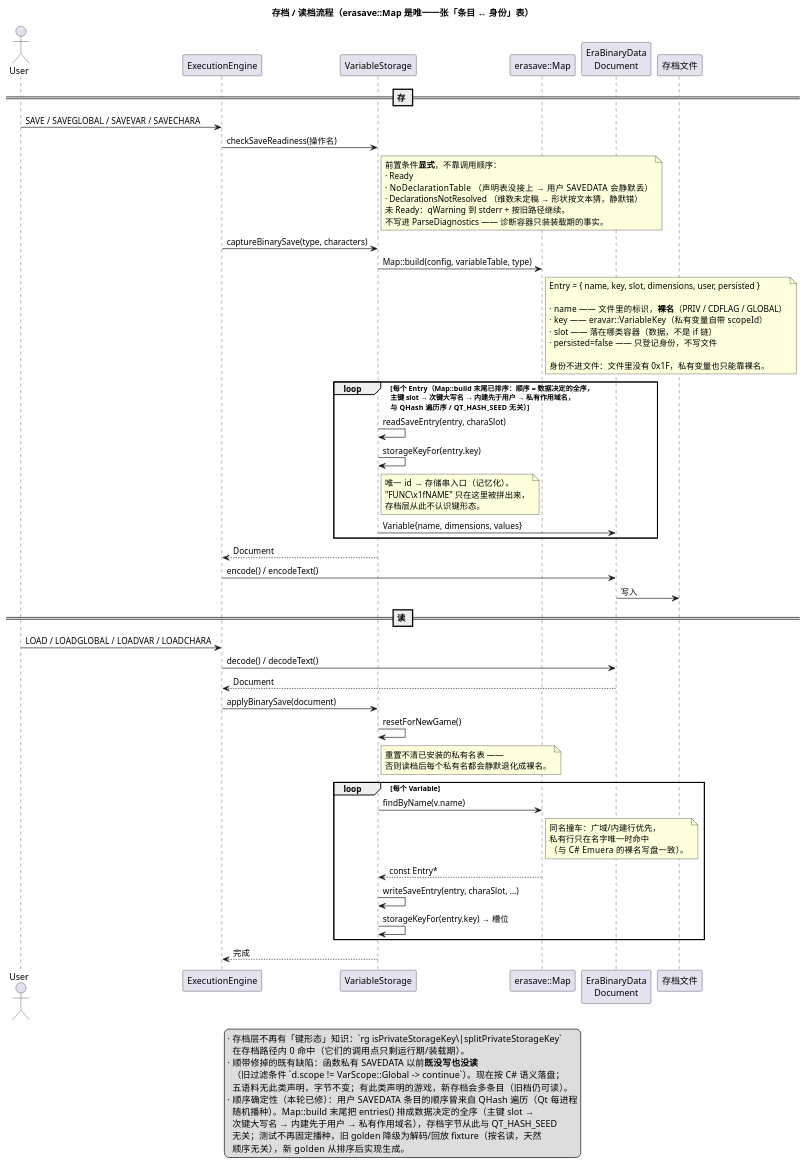
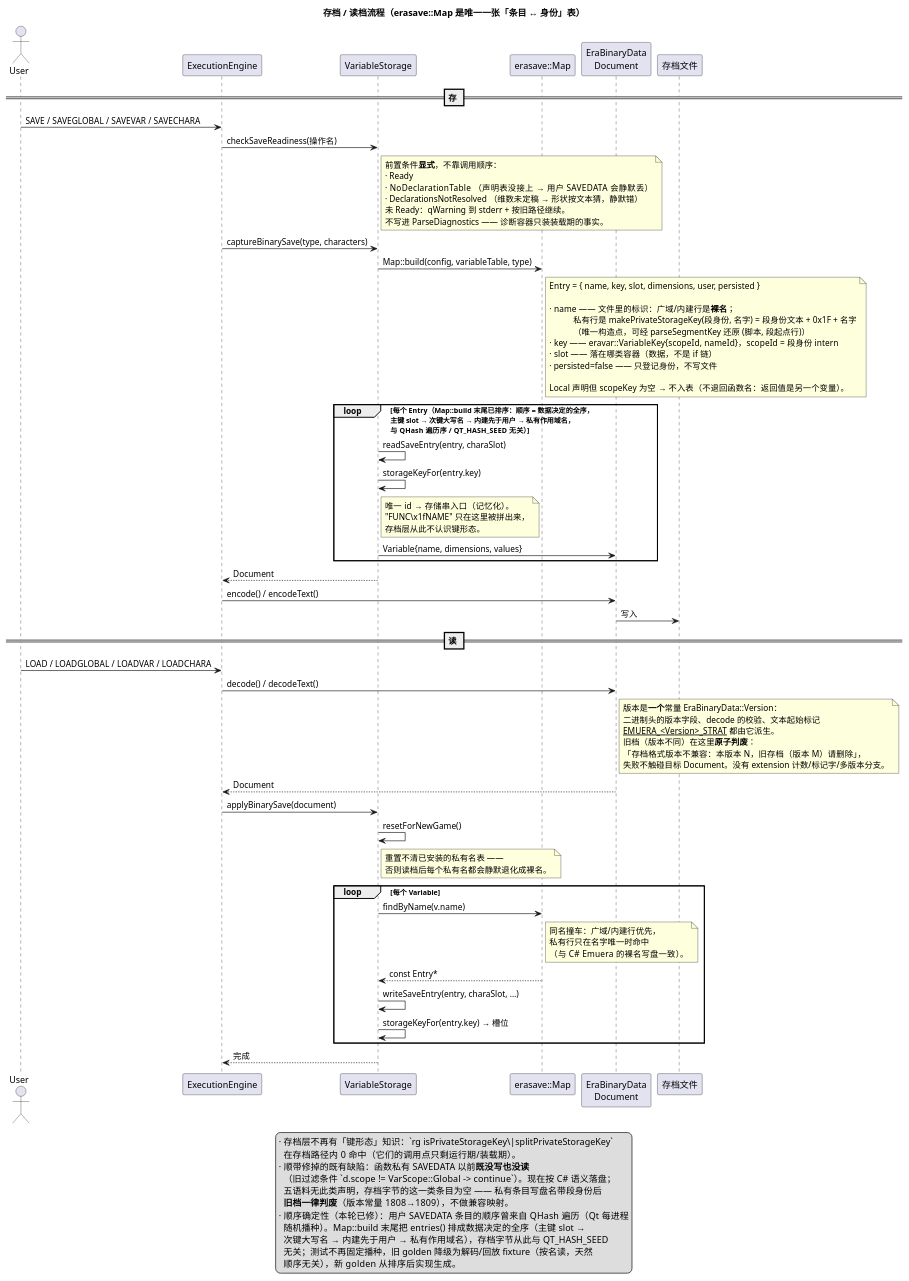
The diagram in docs/uml/08-save-load.puml (yigekuyou/qt-eraemu), drawn with PlantUML before and after one commit. The commit also changed 42 other files, not shown here.

```diff
--- a/docs/uml/08-save-load.puml
+++ b/docs/uml/08-save-load.puml
@@ -1,94 +1,105 @@
 @startuml 08-save-load
 ' 无 graphviz(dot) 环境下用 PlantUML 内置 smetana 布局引擎
 !pragma layout smetana
 ' emuera —— 存档 / 读档：独立映射层 erasave::Map（存档期不认识存储键形态）
 ' 渲染：plantuml -tpng docs/uml/08-save-load.puml
 title 存档 / 读档流程（erasave::Map 是唯一一张「条目 ↔ 身份」表）
 
 actor User
 participant "ExecutionEngine" as E
 participant "VariableStorage" as S
 participant "erasave::Map" as M
 participant "EraBinaryData\nDocument" as D
 participant "存档文件" as F
 
 == 存 ==
 
 User -> E : SAVE / SAVEGLOBAL / SAVEVAR / SAVECHARA
 E -> S : checkSaveReadiness(操作名)
 note right of S
   前置条件**显式**，不靠调用顺序：
   · Ready
   · NoDeclarationTable      （声明表没接上 → 用户 SAVEDATA 会静默丢）
   · DeclarationsNotResolved （维数未定稿 → 形状按文本猜，静默错）
   未 Ready：qWarning 到 stderr + 按旧路径继续。
   不写进 ParseDiagnostics —— 诊断容器只装装载期的事实。
 end note
 
 E -> S : captureBinarySave(type, characters)
 S -> M : Map::build(config, variableTable, type)
 note right of M
   Entry = { name, key, slot, dimensions, user, persisted }
 
-  · name  —— 文件里的标识，**裸名**（PRIV / CDFLAG / GLOBAL）
-  · key   —— eravar::VariableKey（私有变量自带 scopeId）
+  · name  —— 文件里的标识：广域/内建行是**裸名**；
+             私有行是 makePrivateStorageKey(段身份, 名字) = 段身份文本 + 0x1F + 名字
+             （唯一构造点，可经 parseSegmentKey 还原 (脚本, 段起点行)）
+  · key   —— eravar::VariableKey{scopeId, nameId}，scopeId = 段身份 intern
   · slot  —— 落在哪类容器（数据，不是 if 链）
   · persisted=false —— 只登记身份，不写文件
 
-  身份不进文件：文件里没有 0x1F，私有变量也只能靠裸名。
+  Local 声明但 scopeKey 为空 → 不入表（不退回函数名：返回值是另一个变量）。
 end note
 
 loop 每个 Entry（Map::build 末尾已排序：顺序 = 数据决定的全序，\n主键 slot → 次键大写名 → 内建先于用户 → 私有作用域名，\n与 QHash 遍历序 / QT_HASH_SEED 无关）
   S -> S : readSaveEntry(entry, charaSlot)
   S -> S : storageKeyFor(entry.key)
   note right of S
     唯一 id → 存储串入口（记忆化）。
     "FUNC\x1fNAME" 只在这里被拼出来，
     存档层从此不认识键形态。
   end note
   S -> D : Variable{name, dimensions, values}
 end
 
 S --> E : Document
 E -> D : encode() / encodeText()
 D -> F : 写入
 
 == 读 ==
 
 User -> E : LOAD / LOADGLOBAL / LOADVAR / LOADCHARA
 E -> D : decode() / decodeText()
+note right of D
+  版本是**一个**常量 EraBinaryData::Version：
+  二进制头的版本字段、decode 的校验、文本起始标记
+  __EMUERA_<Version>_STRAT__ 都由它派生。
+  旧档（版本不同）在这里**原子判废**：
+  「存档格式版本不兼容：本版本 N，旧存档（版本 M）请删除」，
+  失败不触碰目标 Document。没有 extension 计数/标记字/多版本分支。
+end note
 D --> E : Document
 E -> S : applyBinarySave(document)
 S -> S : resetForNewGame()
 note right of S
   重置不清已安装的私有名表 ——
   否则读档后每个私有名都会静默退化成裸名。
 end note
 
 loop 每个 Variable
   S -> M : findByName(v.name)
   note right of M
     同名撞车：广域/内建行优先，
     私有行只在名字唯一时命中
     （与 C# Emuera 的裸名写盘一致）。
   end note
   M --> S : const Entry*
   S -> S : writeSaveEntry(entry, charaSlot, …)
   S -> S : storageKeyFor(entry.key) → 槽位
 end
 
 S --> E : 完成
 
 legend bottom
   · 存档层不再有「键形态」知识：`rg isPrivateStorageKey\|splitPrivateStorageKey`
     在存档路径内 0 命中（它们的调用点只剩运行期/装载期）。
   · 顺带修掉的既有缺陷：函数私有 SAVEDATA 以前**既没写也没读**
     （旧过滤条件 `d.scope != VarScope::Global -> continue`）。现在按 C# 语义落盘；
-    五语料无此类声明，字节不变；有此类声明的游戏，新存档会多条目（旧档仍可读）。
+    五语料无此类声明，存档字节的这一类条目为空 —— 私有条目写盘名带段身份后
+    **旧档一律判废**（版本常量 1808→1809），不做兼容映射。
   · 顺序确定性（本轮已修）：用户 SAVEDATA 条目的顺序曾来自 QHash 遍历（Qt 每进程
     随机播种）。Map::build 末尾把 entries() 排成数据决定的全序（主键 slot →
     次键大写名 → 内建先于用户 → 私有作用域名），存档字节从此与 QT_HASH_SEED
     无关；测试不再固定播种，旧 golden 降级为解码/回放 fixture（按名读，天然
     顺序无关），新 golden 从排序后实现生成。
 endlegend
 @enduml
```
